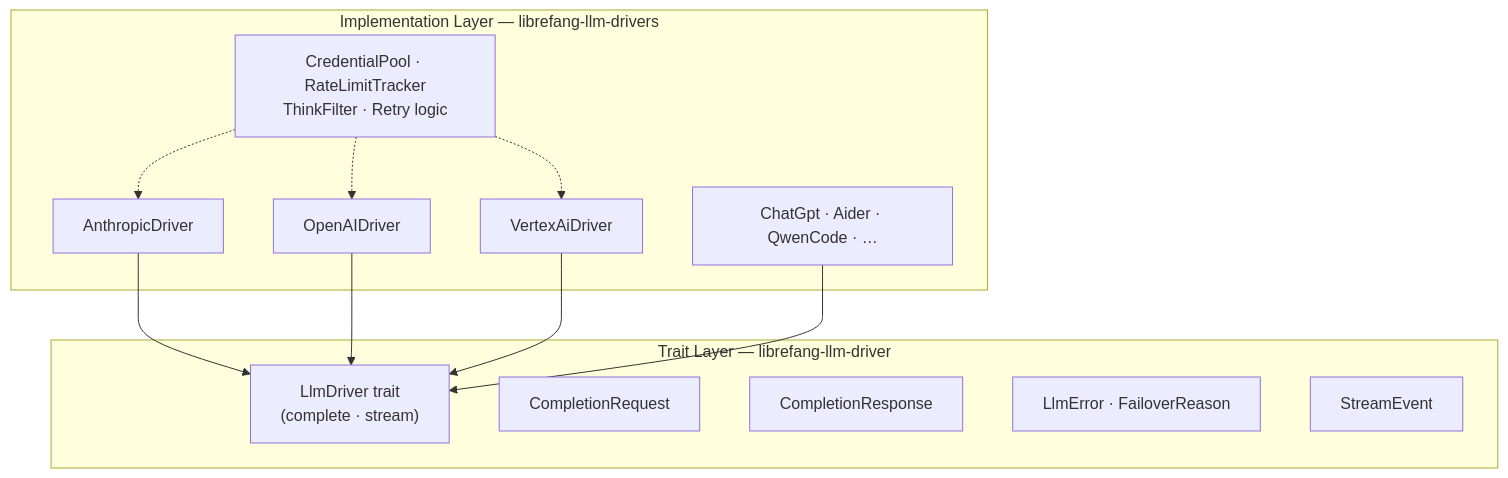
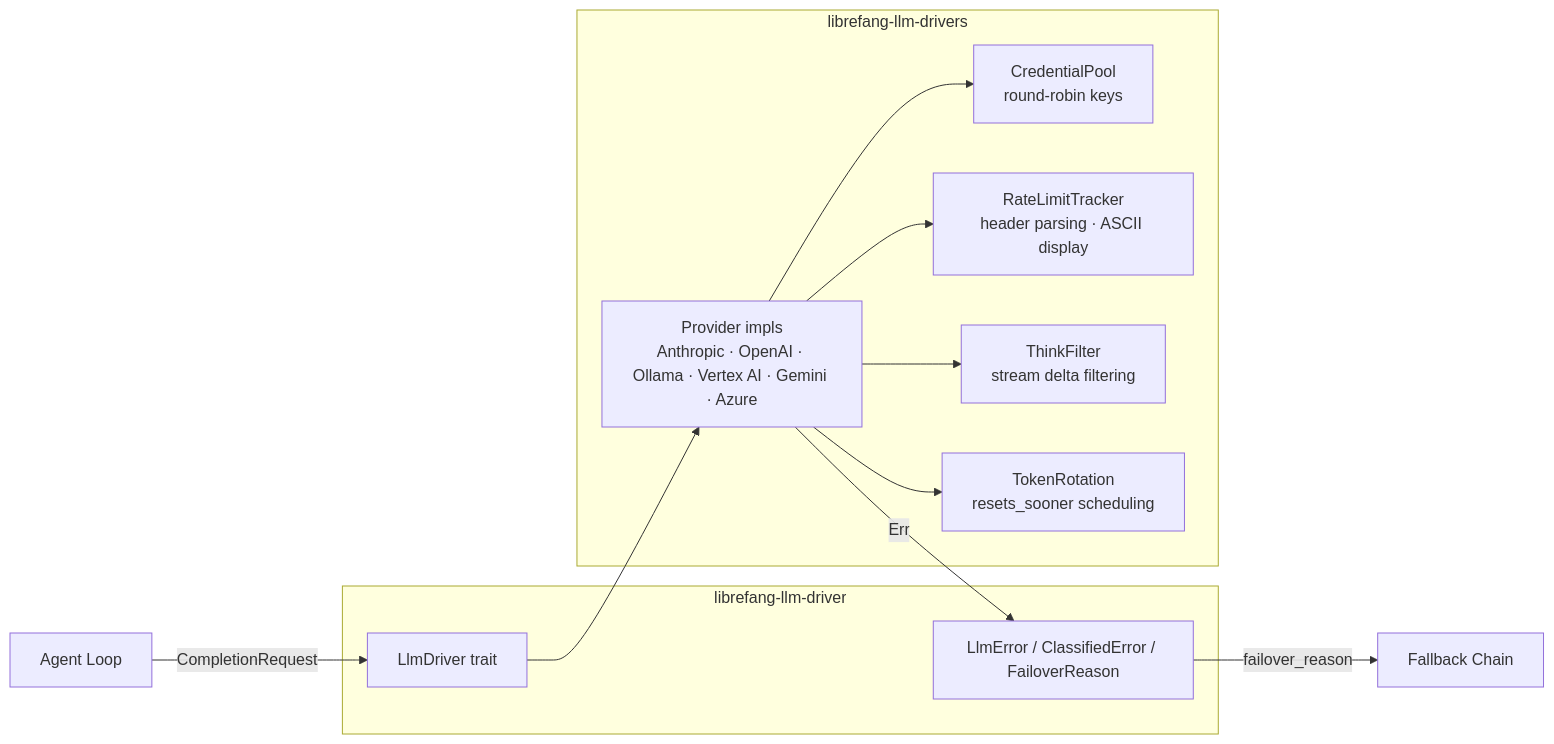
One commit to leszek3737/librefang-WIki changed the diagram in llm-drivers.md. Above: the diagram before and after it, drawn with Mermaid. The commit also changed other lines of this file and 98 other files, not shown here.

````diff
--- a/llm-drivers.md
+++ b/llm-drivers.md
@@ -16,26 +18,24 @@
 ```mermaid
-graph TB
-    subgraph "Trait Layer — librefang-llm-driver"
-        Trait["LlmDriver trait<br/>(complete · stream)"]
-        Req["CompletionRequest"]
-        Resp["CompletionResponse"]
-        Err["LlmError · FailoverReason"]
-        SE["StreamEvent"]
+graph LR
+    subgraph librefang-llm-driver
+        Trait[LlmDriver trait]
+        Err[LlmError / ClassifiedError / FailoverReason]
     end
 
-    subgraph "Implementation Layer — librefang-llm-drivers"
-        AD["AnthropicDriver"]
-        OD["OpenAIDriver"]
-        VD["VertexAiDriver"]
-        Others["ChatGpt · Aider · QwenCode · …"]
-        Infra["CredentialPool · RateLimitTracker<br/>ThinkFilter · Retry logic"]
+    subgraph librefang-llm-drivers
+        Providers[Provider impls<br/>Anthropic · OpenAI · Ollama · Vertex AI · Gemini · Azure]
+        Pool[CredentialPool<br/>round-robin keys]
+        RL[RateLimitTracker<br/>header parsing · ASCII display]
+        TF[ThinkFilter<br/>stream delta filtering]
+        TR[TokenRotation<br/>resets_sooner scheduling]
     end
 
-    AD --> Trait
-    OD --> Trait
-    VD --> Trait
-    Others --> Trait
-    Infra -.-> AD
-    Infra -.-> OD
-    Infra -.-> VD
+    Agent[Agent Loop] -->|CompletionRequest| Trait
+    Trait --> Providers
+    Providers --> Pool
+    Providers --> RL
+    Providers --> TF
+    Providers --> TR
+    Providers -->|Err| Err
+    Err -->|failover_reason| FallbackChain[Fallback Chain]
 ```
````
